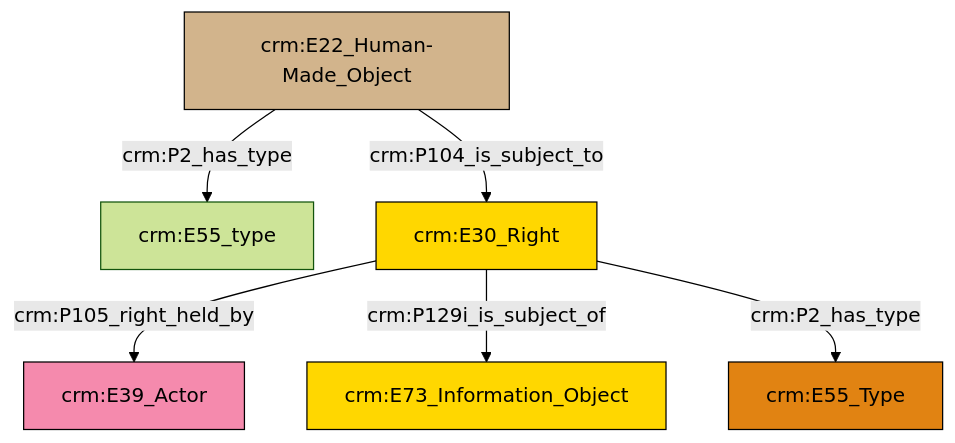
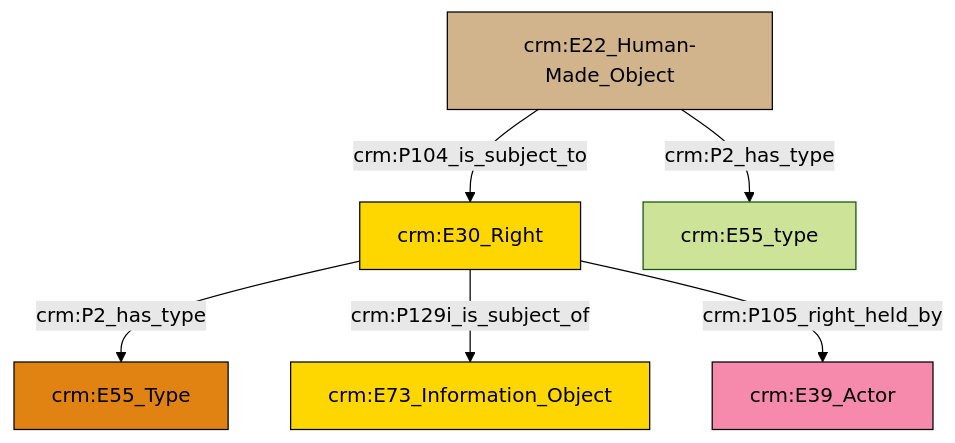
One commit to swiss-art-research-net/docs.swissartresearch changed the diagram in et/builtWorkCSV/ttl/mmd/Built_Work_rights.ttl.mmd. Above: the diagram before and after it, drawn with Mermaid (forest theme). The commit also changed 180 other files, not shown here.

```diff
--- a/et/builtWorkCSV/ttl/mmd/Built_Work_rights.ttl.mmd
+++ b/et/builtWorkCSV/ttl/mmd/Built_Work_rights.ttl.mmd
@@ -1,20 +1,20 @@
 graph TD
 classDef Literal fill:#f2f2f2,stroke:#000000;
 classDef CRM_Entity fill:#FFFFFF,stroke:#000000;
 classDef Temporal_Entity fill:#00C9E6, stroke:#000000;
 classDef Type fill:#E18312, stroke:#000000;
 classDef Time-Span fill:#2C9C91, stroke:#000000;
 classDef Appellation fill:#FFEB7F, stroke:#000000;
 classDef Place fill:#008836, stroke:#000000;
 classDef Persistent_Item fill:#B266B2, stroke:#000000;
 classDef Conceptual_Object fill:#FFD700, stroke:#000000;
 classDef Physical_Thing fill:#D2B48C, stroke:#000000;
 classDef Actor fill:#f58aad, stroke:#000000;
 classDef PC_Classes fill:#4ce600, stroke:#000000;
 classDef Multi fill:#cccccc,stroke:#000000;
 
-0["crm:E22_Human-Made_Object"]:::Physical_Thing -->|crm:P2_has_type| 1["crm:E55_type"]:::Default
-2["crm:E30_Right"]:::Conceptual_Object -->|crm:P105_right_held_by| 3["crm:E39_Actor"]:::Actor
-0["crm:E22_Human-Made_Object"]:::Physical_Thing -->|crm:P104_is_subject_to| 2["crm:E30_Right"]:::Conceptual_Object
-2["crm:E30_Right"]:::Conceptual_Object -->|crm:P129i_is_subject_of| 5["crm:E73_Information_Object"]:::Conceptual_Object
-2["crm:E30_Right"]:::Conceptual_Object -->|crm:P2_has_type| 8["crm:E55_Type"]:::Type
+0["crm:E30_Right"]:::Conceptual_Object -->|crm:P2_has_type| 1["crm:E55_Type"]:::Type
+4["crm:E22_Human-Made_Object"]:::Physical_Thing -->|crm:P104_is_subject_to| 0["crm:E30_Right"]:::Conceptual_Object
+4["crm:E22_Human-Made_Object"]:::Physical_Thing -->|crm:P2_has_type| 5["crm:E55_type"]:::Default
+0["crm:E30_Right"]:::Conceptual_Object -->|crm:P129i_is_subject_of| 8["crm:E73_Information_Object"]:::Conceptual_Object
+0["crm:E30_Right"]:::Conceptual_Object -->|crm:P105_right_held_by| 2["crm:E39_Actor"]:::Actor
```
